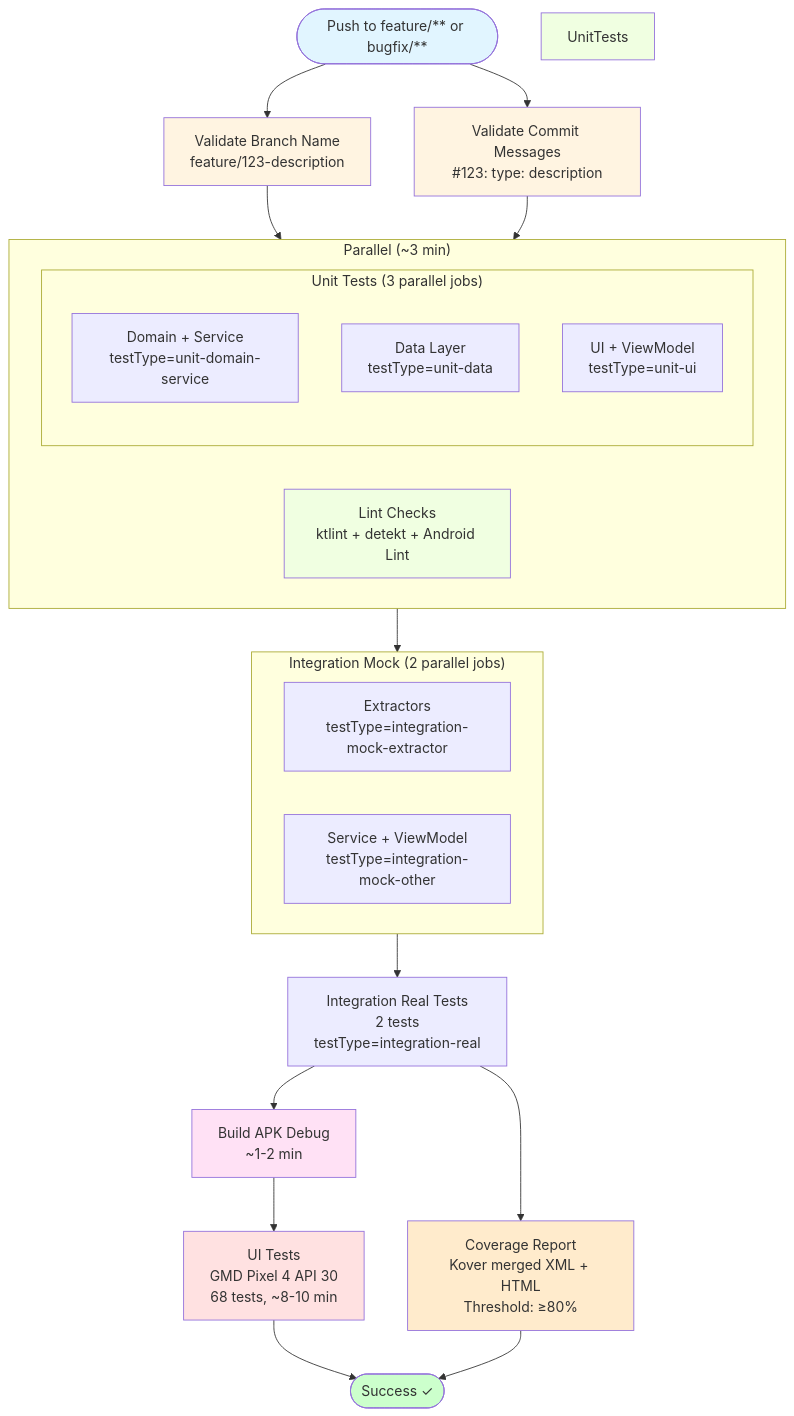
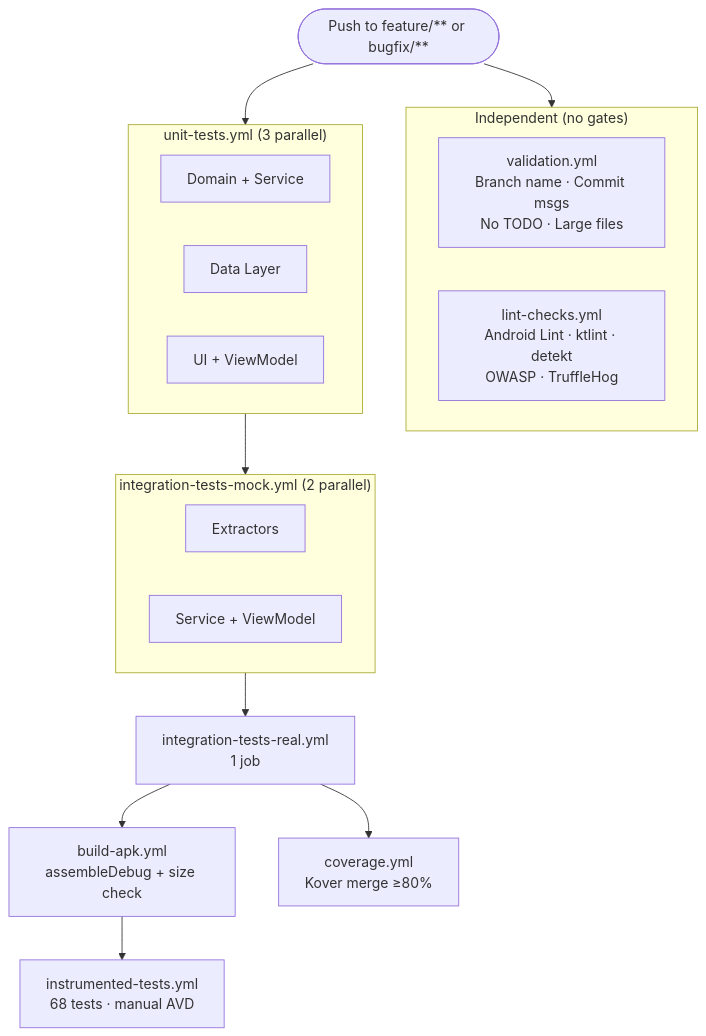
Before and after one commit to TomasGC/otter: the second of 4 diagrams in docs/CICD.md, drawn with Mermaid. The commit also changed other lines of this file and 131 other files, not shown here.

````diff
--- a/docs/CICD.md
+++ b/docs/CICD.md
@@ -92,45 +168,34 @@
 ```mermaid
 graph TB
     Start([Push to feature/** or bugfix/**])
-    
-    ValidateBranch[Validate Branch Name<br/>feature/123-description]
-    ValidateCommit[Validate Commit Messages<br/>#123: type: description]
-    
-    Start --> ValidateBranch
-    Start --> ValidateCommit
-    
-    ValidateBranch --> Parallel
-    ValidateCommit --> Parallel
-    
-    subgraph Parallel["Parallel (~3 min)"]
-        Lint[Lint Checks<br/>ktlint + detekt + Android Lint]
-        subgraph UnitParallel["Unit Tests (3 parallel jobs)"]
-            UnitDS[Domain + Service<br/>testType=unit-domain-service]
-            UnitData[Data Layer<br/>testType=unit-data]
-            UnitUI[UI + ViewModel<br/>testType=unit-ui]
-        end
+
+    subgraph Independent["Independent (no gates)"]
+        Validation[validation.yml<br/>Branch name · Commit msgs<br/>No TODO · Large files]
+        LintChecks[lint-checks.yml<br/>Android Lint · ktlint · detekt<br/>OWASP · TruffleHog]
     end
-    
-    subgraph IntegMockParallel["Integration Mock (2 parallel jobs)"]
-        IntegMockExt[Extractors<br/>testType=integration-mock-extractor]
-        IntegMockOther[Service + ViewModel<br/>testType=integration-mock-other]
+
+    subgraph UnitParallel["unit-tests.yml (3 parallel)"]
+        UnitDS[Domain + Service]
+        UnitData[Data Layer]
+        UnitUI[UI + ViewModel]
     end
-    
-    Parallel --> IntegMockParallel
-    IntegMockParallel --> IntegReal[Integration Real Tests<br/>2 tests<br/>testType=integration-real]
-    IntegReal --> Build[Build APK Debug<br/>~1-2 min]
-    IntegReal --> CoverageReport[Coverage Report<br/>Kover merged XML + HTML<br/>Threshold: ≥80%]
-    Build --> UITests[UI Tests<br/>GMD Pixel 4 API 30<br/>68 tests, ~8-10 min]
-    UITests --> End([Success ✓])
-    CoverageReport --> End
-    
-    style Start fill:#e1f5ff
-    style ValidateBranch fill:#fff4e1
-    style ValidateCommit fill:#fff4e1
-    style Lint fill:#f0ffe1
-    style UnitTests fill:#f0ffe1
-    style Build fill:#ffe1f5
-    style UITests fill:#ffe1e1
-    style CoverageReport fill:#ffebcc
-    style End fill:#ccffcc
+
+    subgraph MockParallel["integration-tests-mock.yml (2 parallel)"]
+        MockExt[Extractors]
+        MockOther[Service + ViewModel]
+    end
+
+    Real[integration-tests-real.yml<br/>1 job]
+
+    Build[build-apk.yml<br/>assembleDebug + size check]
+    Coverage[coverage.yml<br/>Kover merge ≥80%]
+    Instrumented[instrumented-tests.yml<br/>68 tests · manual AVD]
+
+    Start --> Independent
+    Start --> UnitParallel
+    UnitParallel --> MockParallel
+    MockParallel --> Real
+    Real --> Build
+    Real --> Coverage
+    Build --> Instrumented
 ```
````
